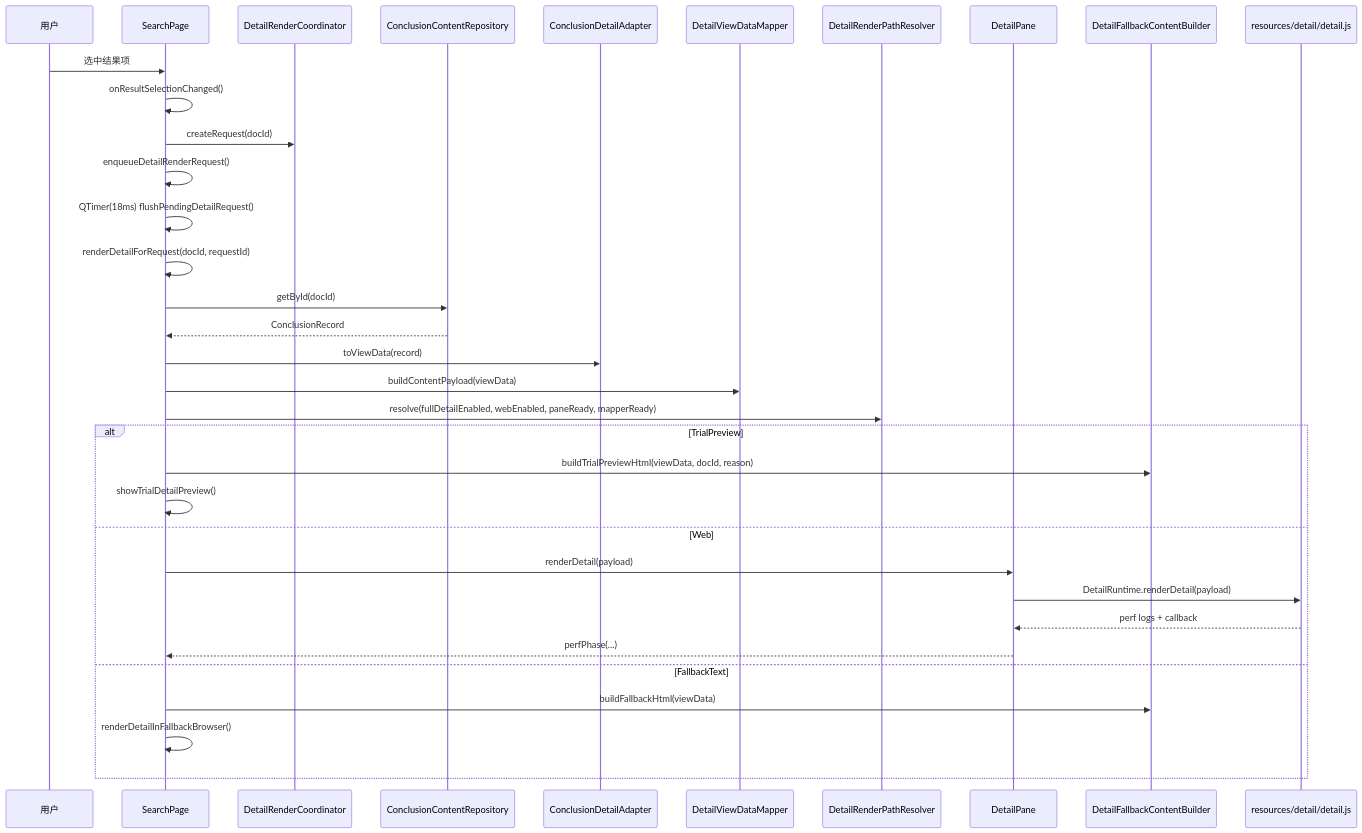
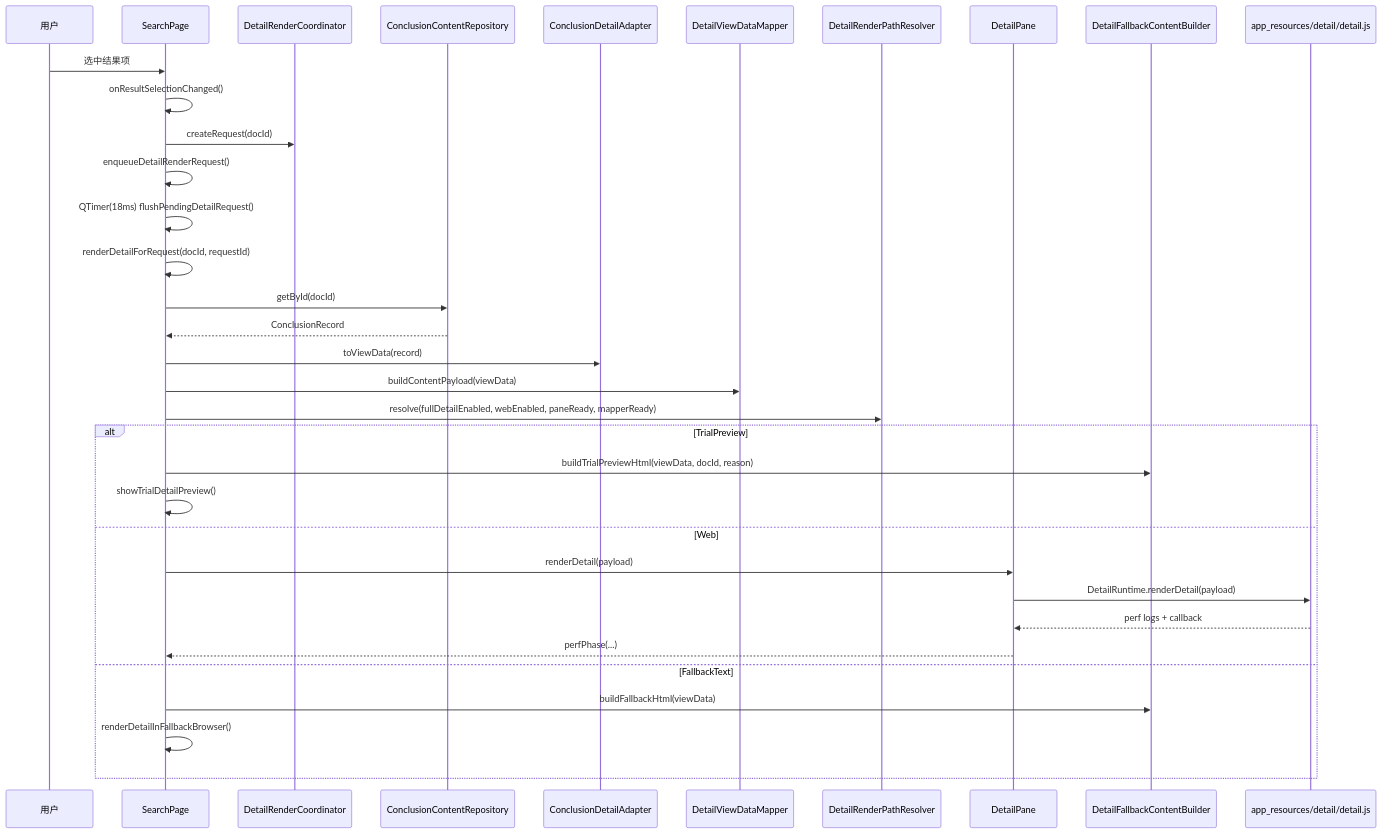
The fourth of 9 diagrams in docs/runtime_flow.md (yfchenggithub/math_search_win), drawn with Mermaid before and after one commit. The commit also changed other lines of this file and 88 other files, not shown here.

````diff
--- a/docs/runtime_flow.md
+++ b/docs/runtime_flow.md
@@ -112,37 +112,37 @@
 ```mermaid
 sequenceDiagram
   participant U as 用户
   participant SP as SearchPage
   participant DRC as DetailRenderCoordinator
   participant CR as ConclusionContentRepository
   participant DA as ConclusionDetailAdapter
   participant M as DetailViewDataMapper
   participant DRP as DetailRenderPathResolver
   participant DP as DetailPane
   participant FB as DetailFallbackContentBuilder
-  participant JS as resources/detail/detail.js
+  participant JS as app_resources/detail/detail.js
 
   U->>SP: 选中结果项
   SP->>SP: onResultSelectionChanged()
   SP->>DRC: createRequest(docId)
   SP->>SP: enqueueDetailRenderRequest()
   SP->>SP: QTimer(18ms) flushPendingDetailRequest()
   SP->>SP: renderDetailForRequest(docId, requestId)
   SP->>CR: getById(docId)
   CR-->>SP: ConclusionRecord
   SP->>DA: toViewData(record)
   SP->>M: buildContentPayload(viewData)
   SP->>DRP: resolve(fullDetailEnabled, webEnabled, paneReady, mapperReady)
   alt TrialPreview
     SP->>FB: buildTrialPreviewHtml(viewData, docId, reason)
     SP->>SP: showTrialDetailPreview()
   else Web
     SP->>DP: renderDetail(payload)
     DP->>JS: DetailRuntime.renderDetail(payload)
     JS-->>DP: perf logs + callback
     DP-->>SP: perfPhase(...)
   else FallbackText
     SP->>FB: buildFallbackHtml(viewData)
     SP->>SP: renderDetailInFallbackBrowser()
   end
 ```
````
